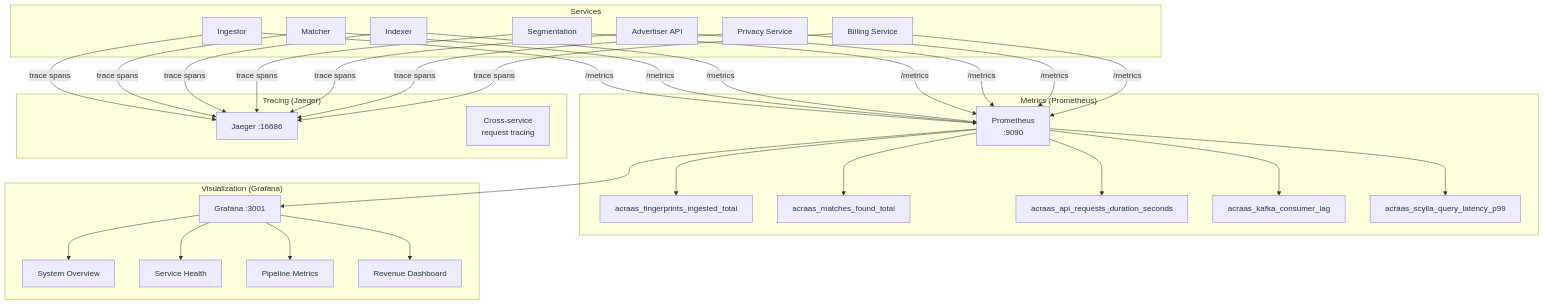
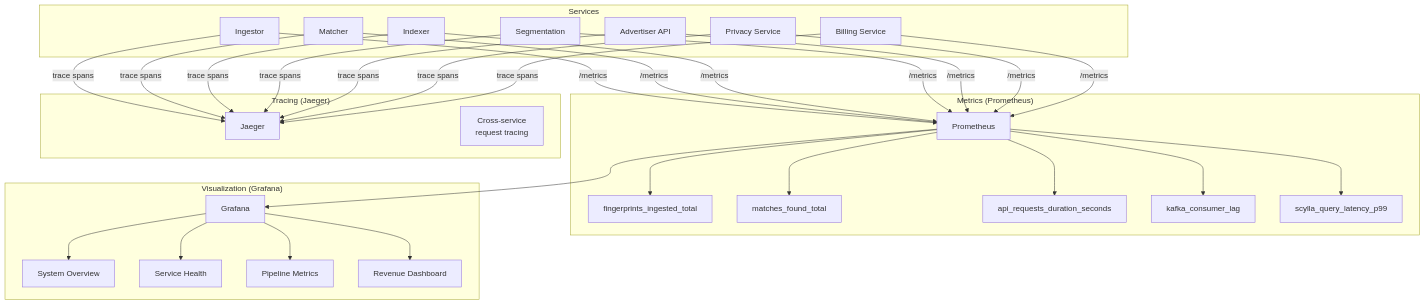
One commit to ksmettela/Synora changed diagram 11 of 12 in PRODUCT_BLOG.md. Above: the diagram before and after it, drawn with Mermaid. The commit also changed other lines of this file and 27 other files, not shown here.

````diff
--- a/PRODUCT_BLOG.md
+++ b/PRODUCT_BLOG.md
@@ -656,40 +594,40 @@
 ```mermaid
 graph TB
     subgraph "Services"
         S1["Ingestor"]
         S2["Matcher"]
         S3["Indexer"]
         S4["Segmentation"]
         S5["Advertiser API"]
         S6["Privacy Service"]
         S7["Billing Service"]
     end
 
     subgraph "Metrics (Prometheus)"
-        PROM["Prometheus<br/>:9090"]
-        M1["acraas_fingerprints_ingested_total"]
-        M2["acraas_matches_found_total"]
-        M3["acraas_api_requests_duration_seconds"]
-        M4["acraas_kafka_consumer_lag"]
-        M5["acraas_scylla_query_latency_p99"]
+        PROM["Prometheus"]
+        M1["fingerprints_ingested_total"]
+        M2["matches_found_total"]
+        M3["api_requests_duration_seconds"]
+        M4["kafka_consumer_lag"]
+        M5["scylla_query_latency_p99"]
     end
 
     subgraph "Visualization (Grafana)"
-        GRAF["Grafana :3001"]
+        GRAF["Grafana"]
         D1["System Overview"]
         D2["Service Health"]
         D3["Pipeline Metrics"]
         D4["Revenue Dashboard"]
     end
 
     subgraph "Tracing (Jaeger)"
-        JAEG["Jaeger :16686"]
+        JAEG["Jaeger"]
         T1["Cross-service<br/>request tracing"]
     end
 
     S1 & S2 & S3 & S4 & S5 & S6 & S7 -->|"/metrics"| PROM
     PROM --> GRAF
     S1 & S2 & S3 & S4 & S5 & S6 & S7 -->|"trace spans"| JAEG
     GRAF --> D1 & D2 & D3 & D4
     PROM --> M1 & M2 & M3 & M4 & M5
 ```
````
